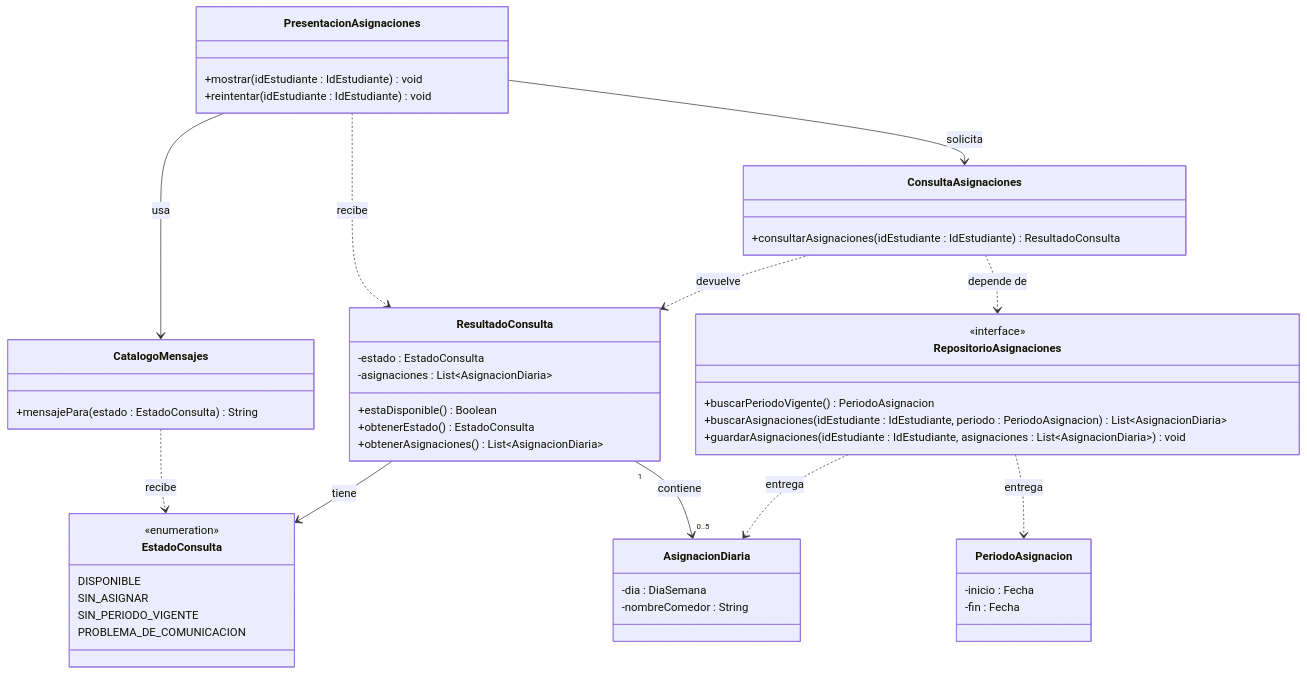
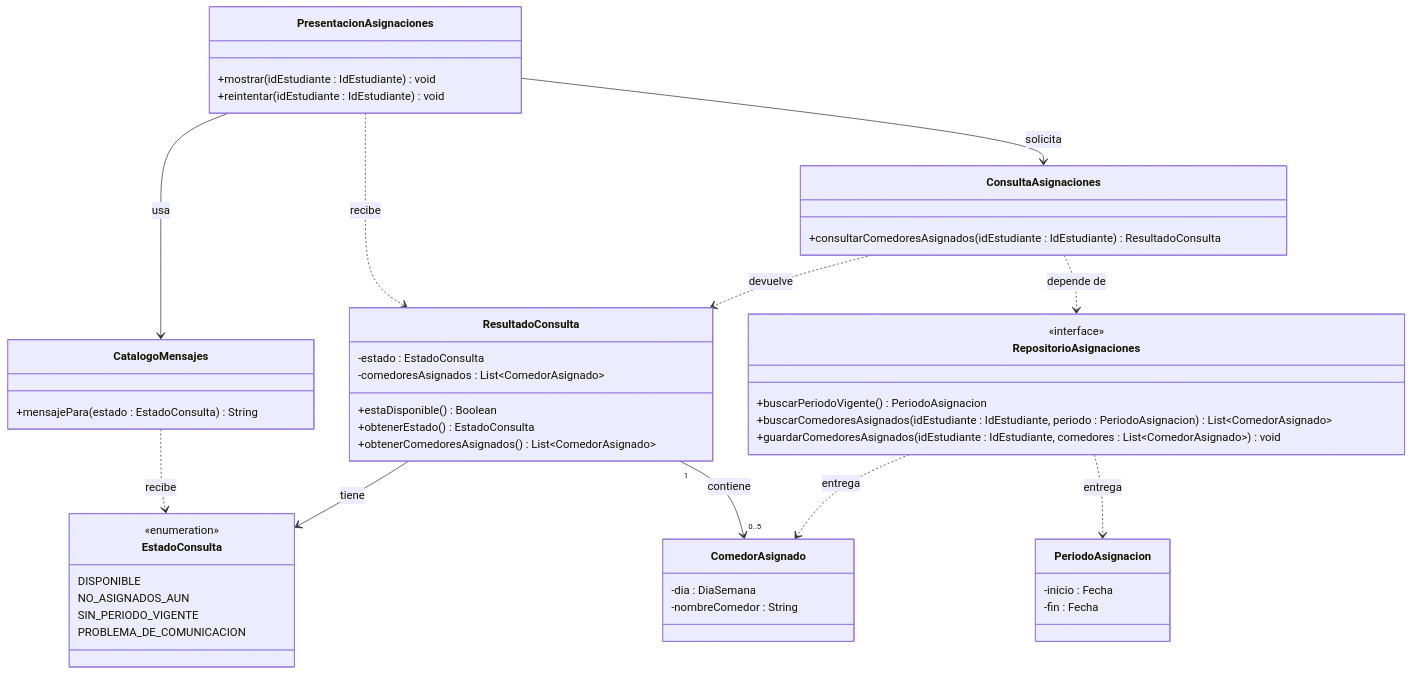
Before and after one commit to alfredoquev/Almuerzate.app: the second of 2 diagrams in docs/requirements/01_Architectural_and_Detailed_Design (1).md, drawn with Mermaid. The commit also changed other lines of this file, not shown here.

````diff
--- a/docs/requirements/01_Architectural_and_Detailed_Design (1).md
+++ b/docs/requirements/01_Architectural_and_Detailed_Design (1).md
@@ -80,52 +81,52 @@
 ```mermaid
 classDiagram
     class PresentacionAsignaciones {
         +mostrar(idEstudiante : IdEstudiante) void
         +reintentar(idEstudiante : IdEstudiante) void
     }
     class CatalogoMensajes {
         +mensajePara(estado : EstadoConsulta) String
     }
     class ConsultaAsignaciones {
-        +consultarAsignaciones(idEstudiante : IdEstudiante) ResultadoConsulta
+        +consultarComedoresAsignados(idEstudiante : IdEstudiante) ResultadoConsulta
     }
     class ResultadoConsulta {
         -estado : EstadoConsulta
-        -asignaciones : List~AsignacionDiaria~
+        -comedoresAsignados : List~ComedorAsignado~
         +estaDisponible() Boolean
         +obtenerEstado() EstadoConsulta
-        +obtenerAsignaciones() List~AsignacionDiaria~
+        +obtenerComedoresAsignados() List~ComedorAsignado~
     }
     class EstadoConsulta {
         <<enumeration>>
         DISPONIBLE
-        SIN_ASIGNAR
+        NO_ASIGNADOS_AUN
         SIN_PERIODO_VIGENTE
         PROBLEMA_DE_COMUNICACION
     }
     class RepositorioAsignaciones {
         <<interface>>
         +buscarPeriodoVigente() PeriodoAsignacion
-        +buscarAsignaciones(idEstudiante : IdEstudiante, periodo : PeriodoAsignacion) List~AsignacionDiaria~
-        +guardarAsignaciones(idEstudiante : IdEstudiante, asignaciones : List~AsignacionDiaria~) void
+        +buscarComedoresAsignados(idEstudiante : IdEstudiante, periodo : PeriodoAsignacion) List~ComedorAsignado~
+        +guardarComedoresAsignados(idEstudiante : IdEstudiante, comedores : List~ComedorAsignado~) void
     }
     class PeriodoAsignacion {
         -inicio : Fecha
         -fin : Fecha
     }
-    class AsignacionDiaria {
+    class ComedorAsignado {
         -dia : DiaSemana
         -nombreComedor : String
     }
-
+ 
     PresentacionAsignaciones --> ConsultaAsignaciones : solicita
     PresentacionAsignaciones --> CatalogoMensajes : usa
     PresentacionAsignaciones ..> ResultadoConsulta : recibe
     CatalogoMensajes ..> EstadoConsulta : recibe
     ConsultaAsignaciones ..> ResultadoConsulta : devuelve
     ConsultaAsignaciones ..> RepositorioAsignaciones : depende de
     ResultadoConsulta --> EstadoConsulta : tiene
-    ResultadoConsulta "1" --> "0..5" AsignacionDiaria : contiene
+    ResultadoConsulta "1" --> "0..5" ComedorAsignado : contiene
     RepositorioAsignaciones ..> PeriodoAsignacion : entrega
-    RepositorioAsignaciones ..> AsignacionDiaria : entrega
+    RepositorioAsignaciones ..> ComedorAsignado : entrega
 ```
````
